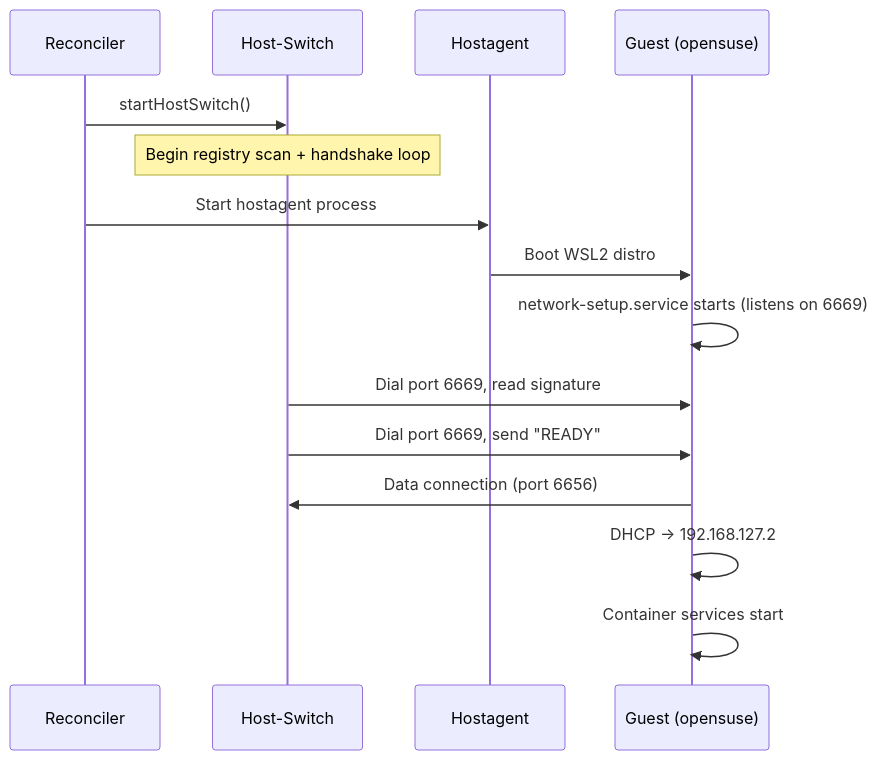
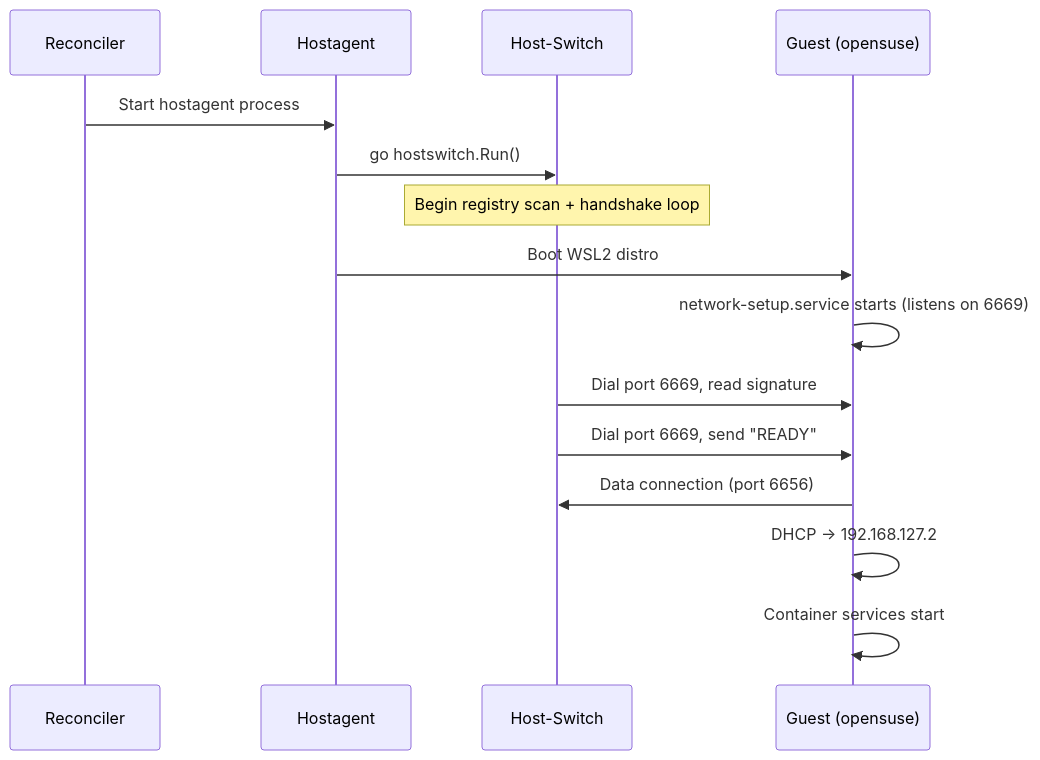
The third of 5 diagrams in rdd/docs/design/networking.md (mook-as/rd2), drawn with Mermaid before and after one commit. The commit also changed other lines of this file and 10 other files, not shown here.

First line of the commit message:
Move host-switch from RDD controller to hostagent

````diff
--- a/rdd/docs/design/networking.md
+++ b/rdd/docs/design/networking.md
@@ -105,18 +105,18 @@
 ```mermaid
 sequenceDiagram
     participant R as Reconciler
+    participant HA as Hostagent
     participant HS as Host-Switch
-    participant HA as Hostagent
     participant G as Guest (opensuse)
 
-    R->>HS: startHostSwitch()
+    R->>HA: Start hostagent process
+    HA->>HS: go hostswitch.Run()
     Note over HS: Begin registry scan + handshake loop
-    R->>HA: Start hostagent process
     HA->>G: Boot WSL2 distro
     G->>G: network-setup.service starts (listens on 6669)
     HS->>G: Dial port 6669, read signature
     HS->>G: Dial port 6669, send "READY"
     G->>HS: Data connection (port 6656)
     G->>G: DHCP → 192.168.127.2
     G->>G: Container services start
 ```
````
